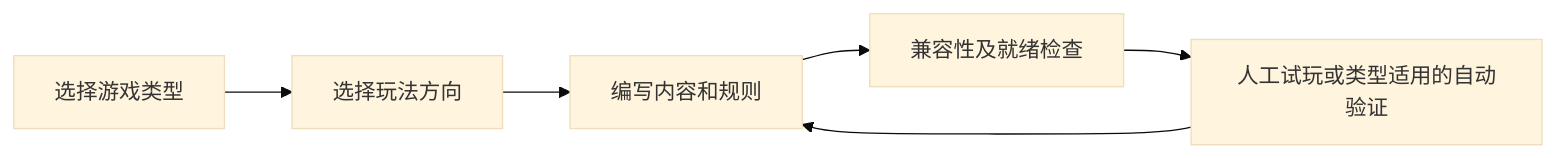
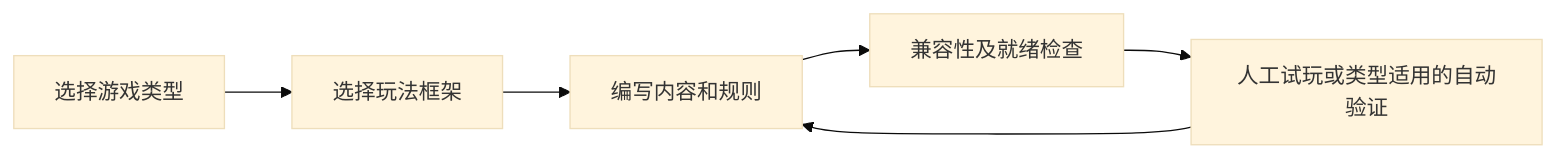
Before and after one commit to CreakyCoss/mewvis: the diagram in apps/applications/builtins/gameplay-lab/docs/roadmap.md, drawn with Mermaid (base theme). The commit also changed other lines of this file and 232 other files, not shown here.

````diff
--- a/apps/applications/builtins/gameplay-lab/docs/roadmap.md
+++ b/apps/applications/builtins/gameplay-lab/docs/roadmap.md
@@ -15,8 +15,8 @@
 ```mermaid
 flowchart LR
-  A[选择游戏类型] --> B[选择玩法方向]
+  A[选择游戏类型] --> B[选择玩法框架]
   B --> C[编写内容和规则]
   C --> D[兼容性及就绪检查]
   D --> E[人工试玩或类型适用的自动验证]
   E --> C
 ```
````
